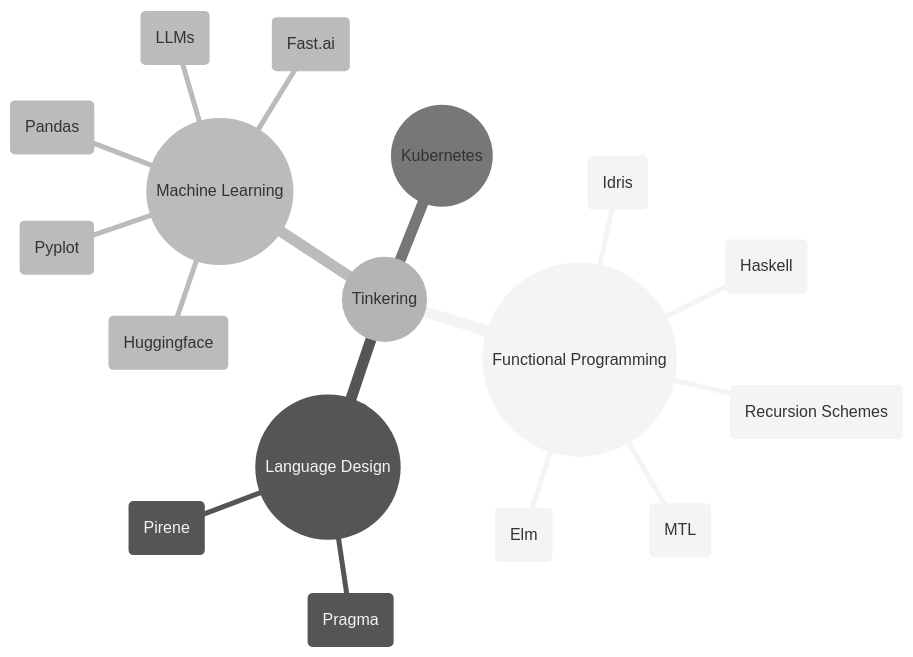
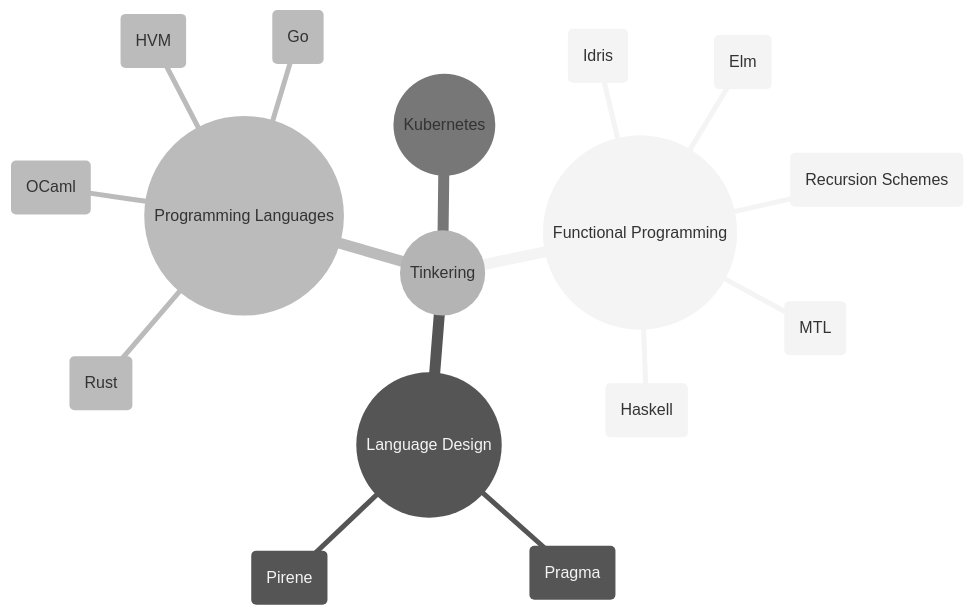
The second of 2 diagrams in README.md (m-tabaza/Tabzz98), drawn with Mermaid (neutral theme) before and after one commit.

````diff
--- a/README.md
+++ b/README.md
@@ -87,23 +87,22 @@
 ```mermaid
 mindmap
   root((Tinkering))
     ((Functional Programming))
       (Haskell)
       (Idris)
       (Elm)
       (Recursion Schemes)
       (MTL)
     
     ((Language Design))
       (Pragma)
       (Pirene)
 
-    ((Machine Learning))
-      (Huggingface)
-      (Fast.ai)
-      (Pyplot)
-      (Pandas)
-      (LLMs)
+    ((Programming Languages))
+      (Rust)
+      (Go)
+      (HVM)
+      (OCaml)
 
     ((Kubernetes))
 ```
````
